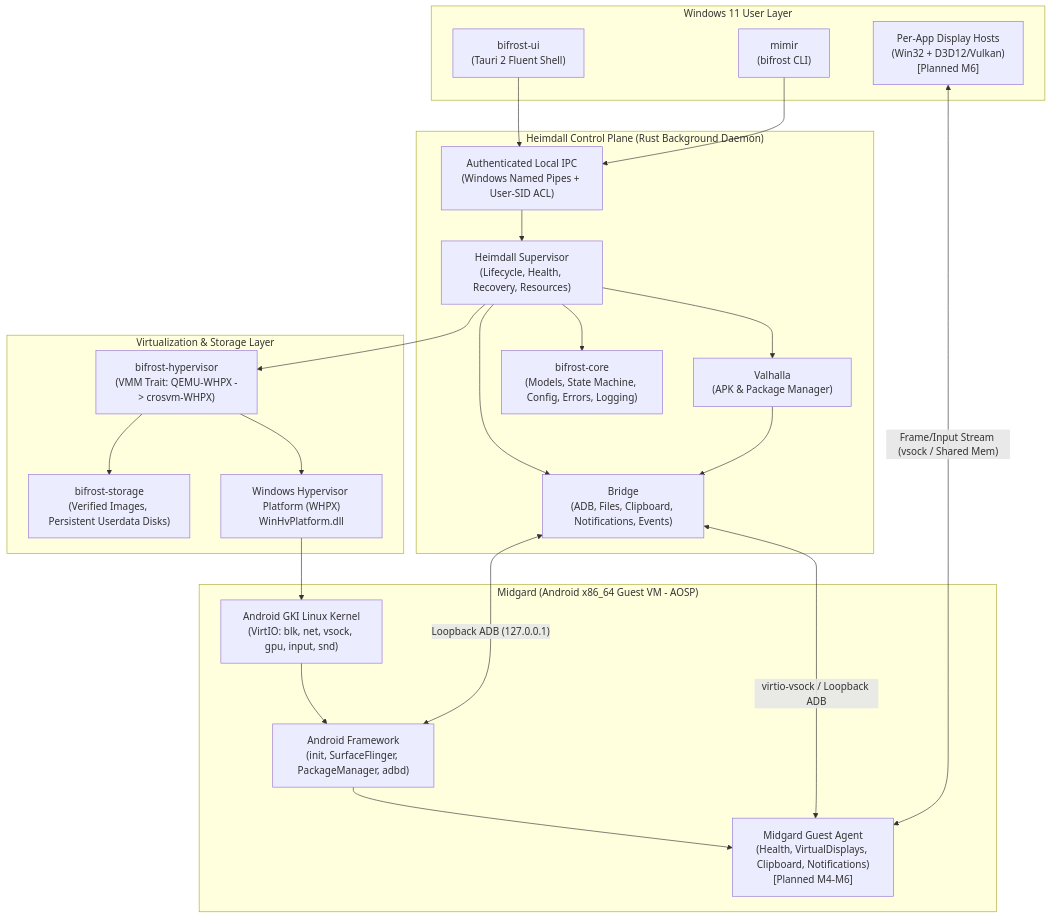
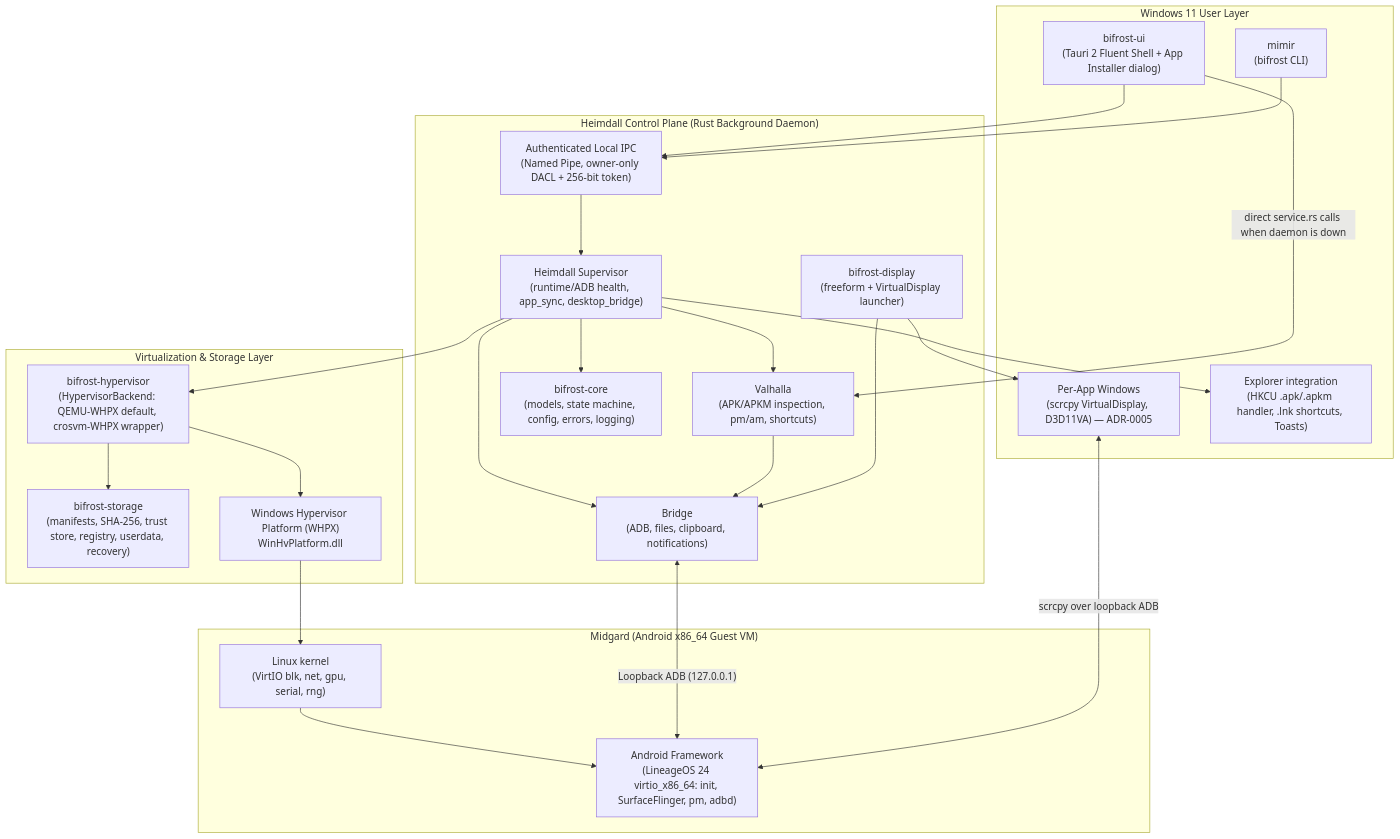
Before and after one commit to kiramman-mp3/bifrost: the first of 2 diagrams in ARCHITECTURE.md, drawn with Mermaid. The commit also changed other lines of this file, not shown here.

Commit message:
docs: rewrite ARCHITECTURE.md to reflect the v0.3.x implementation

````diff
--- a/ARCHITECTURE.md
+++ b/ARCHITECTURE.md
@@ -24,45 +26,48 @@
 ```mermaid
 flowchart TD
     subgraph UserSpace["Windows 11 User Layer"]
-        UI["bifrost-ui<br/>(Tauri 2 Fluent Shell)"]
+        UI["bifrost-ui<br/>(Tauri 2 Fluent Shell + App Installer dialog)"]
         CLI["mimir<br/>(bifrost CLI)"]
-        WIN["Per-App Display Hosts<br/>(Win32 + D3D12/Vulkan)<br/>[Planned M6]"]
+        WIN["Per-App Windows<br/>(scrcpy VirtualDisplay, D3D11VA) — ADR-0005"]
+        SHELL["Explorer integration<br/>(HKCU .apk/.apkm handler, .lnk shortcuts, Toasts)"]
     end
 
     subgraph ControlPlane["Heimdall Control Plane (Rust Background Daemon)"]
-        IPC["Authenticated Local IPC<br/>(Windows Named Pipes + User-SID ACL)"]
-        SUP["Heimdall Supervisor<br/>(Lifecycle, Health, Recovery, Resources)"]
-        VAL["Valhalla<br/>(APK & Package Manager)"]
-        BRG["Bridge<br/>(ADB, Files, Clipboard, Notifications, Events)"]
-        CORE["bifrost-core<br/>(Models, State Machine, Config, Errors, Logging)"]
+        IPC["Authenticated Local IPC<br/>(Named Pipe, owner-only DACL + 256-bit token)"]
+        SUP["Heimdall Supervisor<br/>(runtime/ADB health, app_sync, desktop_bridge)"]
+        VAL["Valhalla<br/>(APK/APKM inspection, pm/am, shortcuts)"]
+        BRG["Bridge<br/>(ADB, files, clipboard, notifications)"]
+        DSP["bifrost-display<br/>(freeform + VirtualDisplay launcher)"]
+        CORE["bifrost-core<br/>(models, state machine, config, errors, logging)"]
     end
 
     subgraph VirtLayer["Virtualization & Storage Layer"]
-        HYP["bifrost-hypervisor<br/>(VMM Trait: QEMU-WHPX -> crosvm-WHPX)"]
-        STG["bifrost-storage<br/>(Verified Images, Persistent Userdata Disks)"]
+        HYP["bifrost-hypervisor<br/>(HypervisorBackend: QEMU-WHPX default, crosvm-WHPX wrapper)"]
+        STG["bifrost-storage<br/>(manifests, SHA-256, trust store, registry, userdata, recovery)"]
         WHPX["Windows Hypervisor Platform (WHPX)<br/>WinHvPlatform.dll"]
     end
 
-    subgraph Guest["Midgard (Android x86_64 Guest VM - AOSP)"]
-        KERN["Android GKI Linux Kernel<br/>(VirtIO: blk, net, vsock, gpu, input, snd)"]
-        AOSP["Android Framework<br/>(init, SurfaceFlinger, PackageManager, adbd)"]
-        AGENT["Midgard Guest Agent<br/>(Health, VirtualDisplays, Clipboard, Notifications)<br/>[Planned M4-M6]"]
+    subgraph Guest["Midgard (Android x86_64 Guest VM)"]
+        KERN["Linux kernel<br/>(VirtIO blk, net, gpu, serial, rng)"]
+        AOSP["Android Framework<br/>(LineageOS 24 virtio_x86_64: init, SurfaceFlinger, pm, adbd)"]
     end
 
     UI --> IPC
+    UI -->|"direct service.rs calls when daemon is down"| VAL
     CLI --> IPC
     IPC --> SUP
     SUP --> CORE
     SUP --> VAL
     SUP --> BRG
     SUP --> HYP
     HYP --> STG
     HYP --> WHPX
     WHPX --> KERN
     KERN --> AOSP
-    AOSP --> AGENT
-    BRG <-->|"virtio-vsock / Loopback ADB"| AGENT
+    VAL --> BRG
+    DSP --> BRG
+    DSP --> WIN
+    SUP --> SHELL
     BRG <-->|"Loopback ADB (127.0.0.1)"| AOSP
-    VAL --> BRG
-    WIN <-->|"Frame/Input Stream (vsock / Shared Mem)"| AGENT
+    WIN <-->|"scrcpy over loopback ADB"| AOSP
 ```
````
